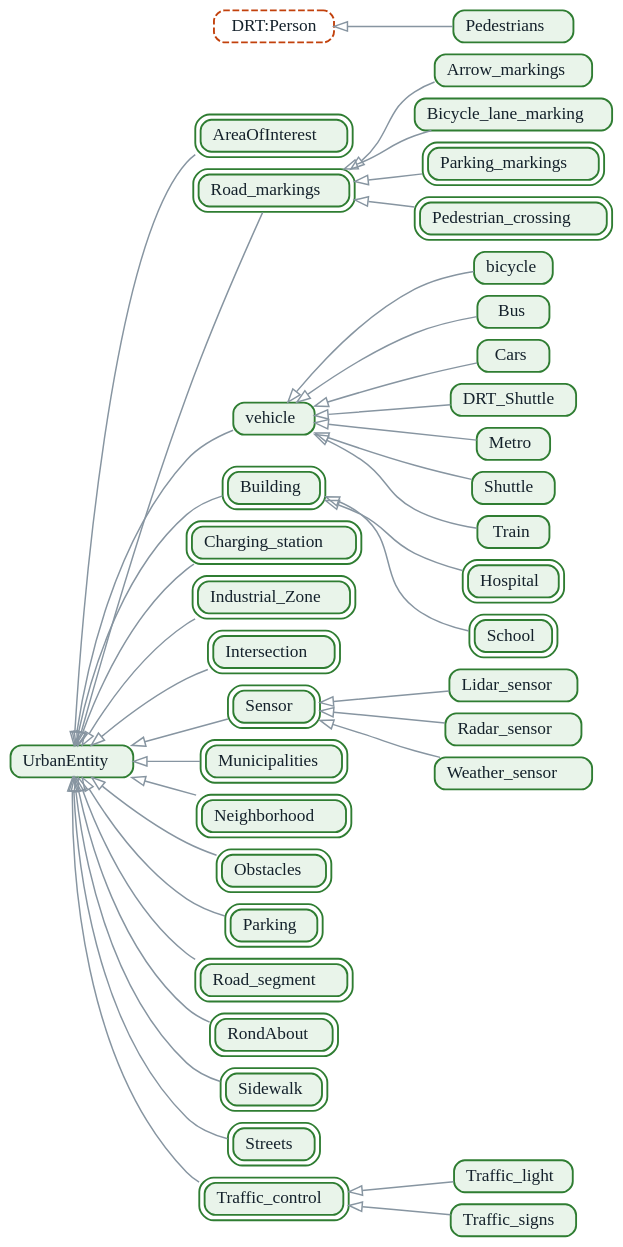
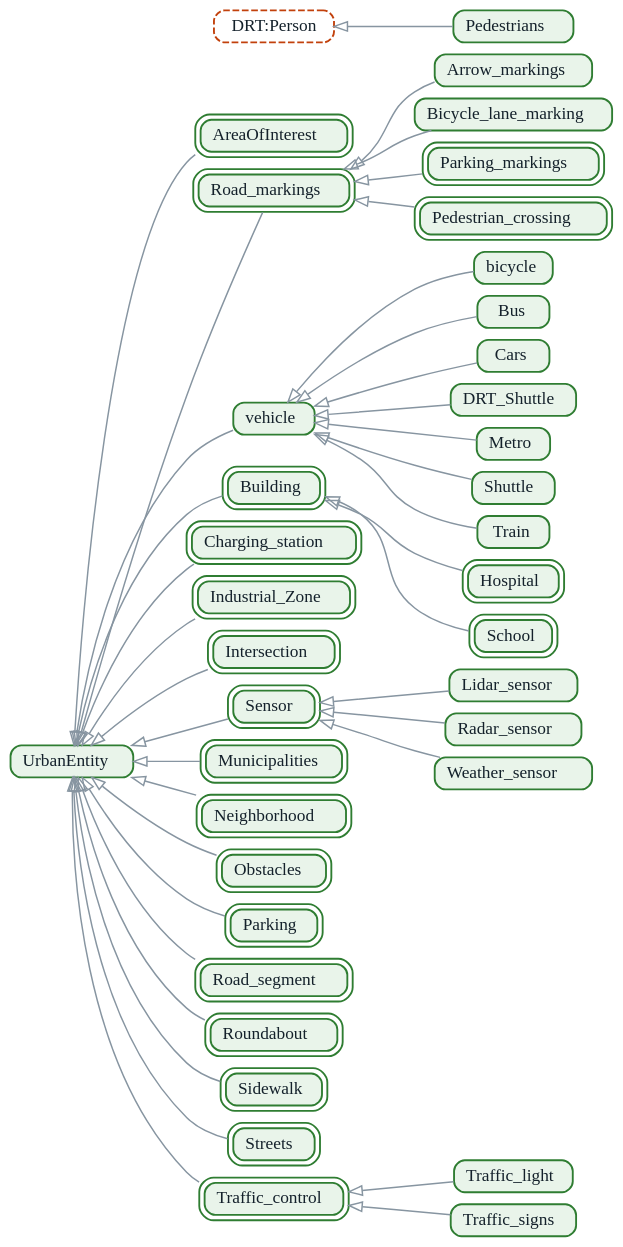
Before and after one commit to NourelhoudaElGadi/UrbanMobility-Ontology: the diagram in diagrams/infra-hierarchy.dot, drawn with Graphviz. The commit also changed 13 other files, not shown here.

```diff
--- a/diagrams/infra-hierarchy.dot
+++ b/diagrams/infra-hierarchy.dot
@@ -3,7 +3,7 @@
 node [shape=box, style="rounded,filled", fontname="Overpass", fontsize=13, height=0.34, margin="0.12,0.05", penwidth=1.4, fontcolor="#14212b"];
 edge [fontname="Overpass", fontsize=11, color="#8795a1", fontcolor="#5a6977", arrowsize=0.7, penwidth=1.1];
 "Infrastructure:AreaOfInterest" [label=<AreaOfInterest>, href="#AreaOfInterest", tooltip="Infrastructure:AreaOfInterest: A functional urban area of interest, such as a school, commercial or residential zone.", color="#2f7d32", fillcolor="#e9f4ea", peripheries=2, class="own m-infra feature"];
-"Infrastructure:UrbanEntity" [label=<UrbanEntity>, href="#UrbanEntity", tooltip="Infrastructure:UrbanEntity: Any entity of the urban and peri-urban environment considered in mobility modelling. It is the top class of the…", color="#2f7d32", fillcolor="#e9f4ea", peripheries=1, class="own m-infra"];
+"Infrastructure:UrbanEntity" [label=<UrbanEntity>, href="#UrbanEntity", tooltip="Infrastructure:UrbanEntity: Any entity of the urban and peri-urban environment considered in mobility modelling. It is the top class of the infrastructure…", color="#2f7d32", fillcolor="#e9f4ea", peripheries=1, class="own m-infra"];
 "Infrastructure:Arrow_markings" [label=<Arrow_markings>, href="#Arrow_markings", tooltip="Infrastructure:Arrow_markings: Directional arrows painted on the road surface to indicate traffic flow and vehicle movements.", color="#2f7d32", fillcolor="#e9f4ea", peripheries=1, class="own m-infra"];
 "Infrastructure:Road_markings" [label=<Road_markings>, href="#Road_markings", tooltip="Infrastructure:Road_markings: Road surface markings that guide traffic, such as lane lines, crosswalks and directional arrows.", color="#2f7d32", fillcolor="#e9f4ea", peripheries=2, class="own m-infra feature"];
 "Infrastructure:bicycle" [label=<bicycle>, href="#bicycle", tooltip="Infrastructure:bicycle: A human-powered two-wheeled vehicle, used on streets, bicycle lanes and sometimes sidewalks.", color="#2f7d32", fillcolor="#e9f4ea", peripheries=1, class="own m-infra"];
@@ -13,15 +13,15 @@
 "Infrastructure:Bus" [label=<Bus>, href="#Bus", tooltip="Infrastructure:Bus: A road vehicle that runs on fixed routes for public or private transport.", color="#2f7d32", fillcolor="#e9f4ea", peripheries=1, class="own m-infra"];
 "Infrastructure:Cars" [label=<Cars>, href="#Cars", tooltip="Infrastructure:Cars: A four-wheeled motor vehicle, used mainly for personal transport.", color="#2f7d32", fillcolor="#e9f4ea", peripheries=1, class="own m-infra"];
 "Infrastructure:Charging_station" [label=<Charging_station>, href="#Charging_station", tooltip="Infrastructure:Charging_station: A place where electric vehicles, including DRT shuttles, can be charged.", color="#2f7d32", fillcolor="#e9f4ea", peripheries=2, class="own m-infra feature"];
-"Infrastructure:DRT_Shuttle" [label=<DRT_Shuttle>, href="#DRT_Shuttle", tooltip="Infrastructure:DRT_Shuttle: A vehicle temporarily assigned to the demand-responsive transport (DRT) service. It can stop playing this role without…", color="#2f7d32", fillcolor="#e9f4ea", peripheries=1, class="own m-infra"];
+"Infrastructure:DRT_Shuttle" [label=<DRT_Shuttle>, href="#DRT_Shuttle", tooltip="Infrastructure:DRT_Shuttle: A vehicle temporarily assigned to the demand-responsive transport (DRT) service. It can stop playing this role without ceasing to…", color="#2f7d32", fillcolor="#e9f4ea", peripheries=1, class="own m-infra"];
 "Infrastructure:Hospital" [label=<Hospital>, href="#Hospital", tooltip="Infrastructure:Hospital: A hospital building, an important destination of DRT trips.", color="#2f7d32", fillcolor="#e9f4ea", peripheries=2, class="own m-infra feature"];
 "Infrastructure:Industrial_Zone" [label=<Industrial_Zone>, href="#Industrial_Zone", tooltip="Infrastructure:Industrial_Zone: An area where economic activities, such as industry, are concentrated.", color="#2f7d32", fillcolor="#e9f4ea", peripheries=2, class="own m-infra feature"];
 "Infrastructure:Intersection" [label=<Intersection>, href="#Intersection", tooltip="Infrastructure:Intersection: A junction where several streets meet, where vehicles and pedestrians follow signage to take the right direction.", color="#2f7d32", fillcolor="#e9f4ea", peripheries=2, class="own m-infra feature"];
 "Infrastructure:Lidar_sensor" [label=<Lidar_sensor>, href="#Lidar_sensor", tooltip="Infrastructure:Lidar_sensor: A sensor that uses laser light to measure distances and detect objects.", color="#2f7d32", fillcolor="#e9f4ea", peripheries=1, class="own m-infra"];
 "Infrastructure:Sensor" [label=<Sensor>, href="#Sensor", tooltip="Infrastructure:Sensor: A device that collects traffic data, such as vehicle speed, traffic volume or density on a road.", color="#2f7d32", fillcolor="#e9f4ea", peripheries=2, class="own m-infra feature"];
 "Infrastructure:Metro" [label=<Metro>, href="#Metro", tooltip="Infrastructure:Metro: A metro (urban rail) vehicle.", color="#2f7d32", fillcolor="#e9f4ea", peripheries=1, class="own m-infra"];
-"Infrastructure:Municipalities" [label=<Municipalities>, href="#Municipalities", tooltip="Infrastructure:Municipalities: A municipality: the territory of a city or a town, delimited in space and represented by a polygon or a multipolygon.…", color="#2f7d32", fillcolor="#e9f4ea", peripheries=2, class="own m-infra feature"];
-"Infrastructure:Neighborhood" [label=<Neighborhood>, href="#Neighborhood", tooltip="Infrastructure:Neighborhood: A geographically delimited urban area that comprises streets, points of interest and other urban infrastructure…", color="#2f7d32", fillcolor="#e9f4ea", peripheries=2, class="own m-infra feature"];
+"Infrastructure:Municipalities" [label=<Municipalities>, href="#Municipalities", tooltip="Infrastructure:Municipalities: A municipality: the territory of a city or a town, delimited in space and represented by a polygon or a multipolygon. Its…", color="#2f7d32", fillcolor="#e9f4ea", peripheries=2, class="own m-infra feature"];
+"Infrastructure:Neighborhood" [label=<Neighborhood>, href="#Neighborhood", tooltip="Infrastructure:Neighborhood: A geographically delimited urban area that comprises streets, points of interest and other urban infrastructure elements. A…", color="#2f7d32", fillcolor="#e9f4ea", peripheries=2, class="own m-infra feature"];
 "Infrastructure:Obstacles" [label=<Obstacles>, href="#Obstacles", tooltip="Infrastructure:Obstacles: An object or a structure on the street that may block or slow down vehicles or pedestrians.", color="#2f7d32", fillcolor="#e9f4ea", peripheries=2, class="own m-infra feature"];
 "Infrastructure:Parking" [label=<Parking>, href="#Parking", tooltip="Infrastructure:Parking: A designated area for parking vehicles, such as a car park or parking spaces.", color="#2f7d32", fillcolor="#e9f4ea", peripheries=2, class="own m-infra feature"];
 "Infrastructure:Parking_markings" [label=<Parking_markings>, href="#Parking_markings", tooltip="Infrastructure:Parking_markings: Markings that indicate parking spaces on the road or in car parks.", color="#2f7d32", fillcolor="#e9f4ea", peripheries=2, class="own m-infra feature"];
@@ -29,8 +29,8 @@
 "Infrastructure:Pedestrians" [label=<Pedestrians>, href="#Pedestrians", tooltip="Infrastructure:Pedestrians: People walking along streets, crossing roads or using sidewalks.", color="#2f7d32", fillcolor="#e9f4ea", peripheries=1, class="own m-infra"];
 "DRT:Person" [label=<DRT:Person>, href="drt.html#Person", tooltip="DRT:Person: A person involved in the DRT service: a customer, a passenger, a driver or an administrator.", color="#c2410c", fillcolor="#ffffff", style="rounded,dashed,filled", peripheries=1, class="xmod m-drt"];
 "Infrastructure:Radar_sensor" [label=<Radar_sensor>, href="#Radar_sensor", tooltip="Infrastructure:Radar_sensor: A sensor that uses radio waves to detect the speed and position of vehicles and other objects.", color="#2f7d32", fillcolor="#e9f4ea", peripheries=1, class="own m-infra"];
-"Infrastructure:Road_segment" [label=<Road_segment>, href="#Road_segment", tooltip="Infrastructure:Road_segment: A portion of road between two reference points, such as intersections or stops. Its identity is determined by its…", color="#2f7d32", fillcolor="#e9f4ea", peripheries=2, class="own m-infra feature"];
-"Infrastructure:RondAbout" [label=<RondAbout>, href="#RondAbout", tooltip="Infrastructure:RondAbout: A roundabout: a circular intersection where traffic flows around a central island.", color="#2f7d32", fillcolor="#e9f4ea", peripheries=2, class="own m-infra feature"];
+"Infrastructure:Road_segment" [label=<Road_segment>, href="#Road_segment", tooltip="Infrastructure:Road_segment: A portion of road between two reference points, such as intersections or stops. Its identity is determined by its position, its…", color="#2f7d32", fillcolor="#e9f4ea", peripheries=2, class="own m-infra feature"];
+"Infrastructure:Roundabout" [label=<Roundabout>, href="#Roundabout", tooltip="Infrastructure:Roundabout: A roundabout: a circular intersection where traffic flows around a central island.", color="#2f7d32", fillcolor="#e9f4ea", peripheries=2, class="own m-infra feature"];
 "Infrastructure:School" [label=<School>, href="#School", tooltip="Infrastructure:School: A school building, an important destination of DRT trips.", color="#2f7d32", fillcolor="#e9f4ea", peripheries=2, class="own m-infra feature"];
 "Infrastructure:Shuttle" [label=<Shuttle>, href="#Shuttle", tooltip="Infrastructure:Shuttle: A small vehicle that carries passengers along a fixed route, for public or private transit in a specific area.", color="#2f7d32", fillcolor="#e9f4ea", peripheries=1, class="own m-infra"];
 "Infrastructure:Sidewalk" [label=<Sidewalk>, href="#Sidewalk", tooltip="Infrastructure:Sidewalk: A paved pathway adjacent to a street, intended for pedestrian use.", color="#2f7d32", fillcolor="#e9f4ea", peripheries=2, class="own m-infra feature"];
@@ -64,7 +64,7 @@
 "Infrastructure:Radar_sensor" -> "Infrastructure:Sensor" [arrowhead=onormal, arrowsize=1.0, class="sub", tooltip="subclass of"];
 "Infrastructure:Road_markings" -> "Infrastructure:UrbanEntity" [arrowhead=onormal, arrowsize=1.0, class="sub", tooltip="subclass of"];
 "Infrastructure:Road_segment" -> "Infrastructure:UrbanEntity" [arrowhead=onormal, arrowsize=1.0, class="sub", tooltip="subclass of"];
-"Infrastructure:RondAbout" -> "Infrastructure:UrbanEntity" [arrowhead=onormal, arrowsize=1.0, class="sub", tooltip="subclass of"];
+"Infrastructure:Roundabout" -> "Infrastructure:UrbanEntity" [arrowhead=onormal, arrowsize=1.0, class="sub", tooltip="subclass of"];
 "Infrastructure:School" -> "Infrastructure:Building" [arrowhead=onormal, arrowsize=1.0, class="sub", tooltip="subclass of"];
 "Infrastructure:Sensor" -> "Infrastructure:UrbanEntity" [arrowhead=onormal, arrowsize=1.0, class="sub", tooltip="subclass of"];
 "Infrastructure:Shuttle" -> "Infrastructure:vehicle" [arrowhead=onormal, arrowsize=1.0, class="sub", tooltip="subclass of"];
```
